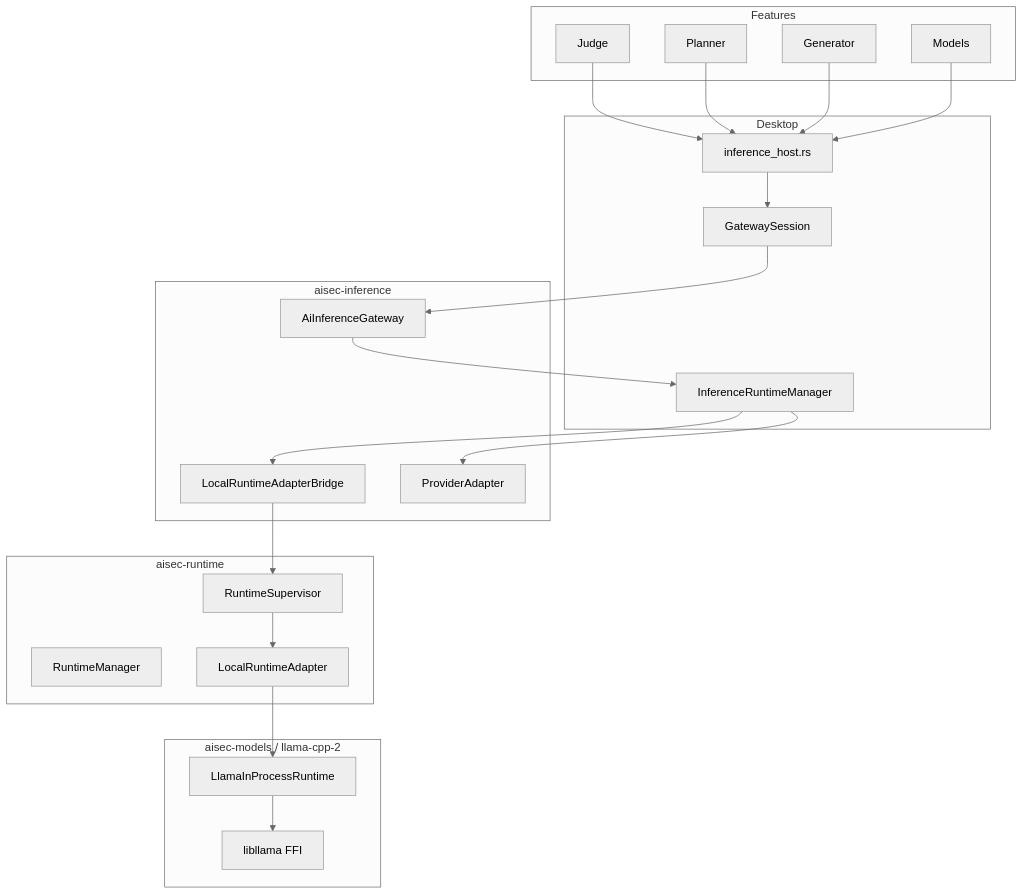
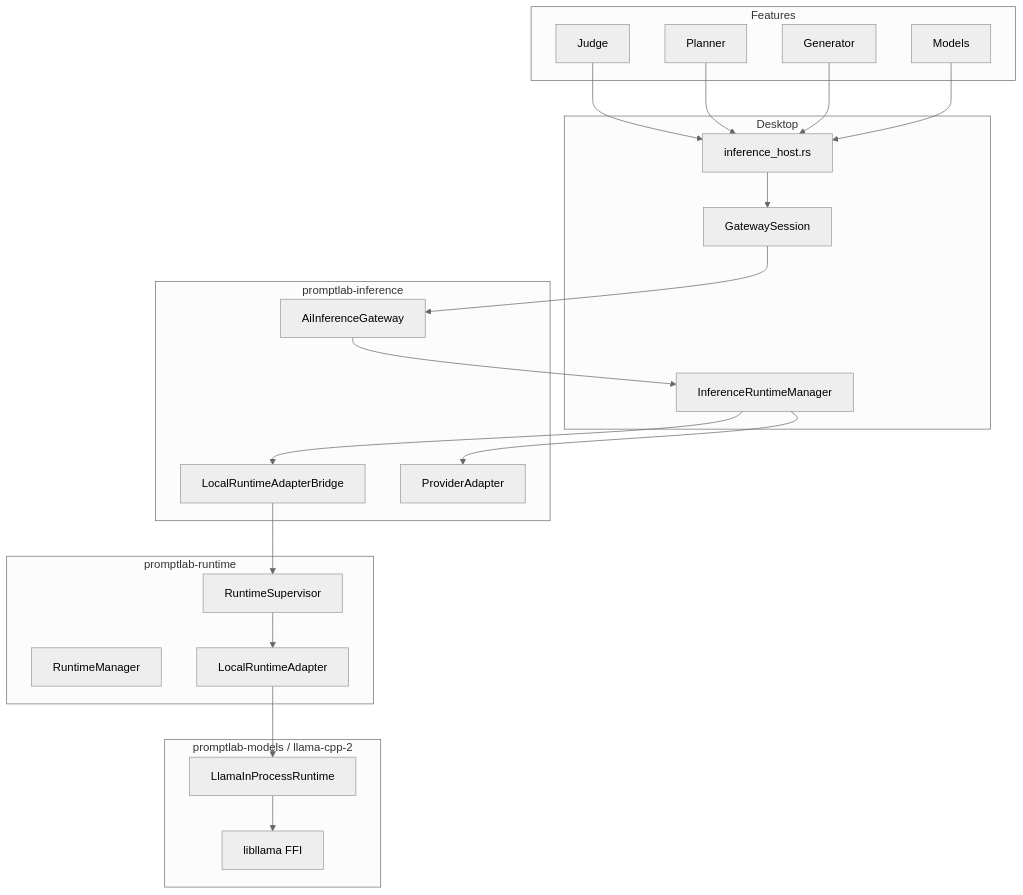
The diagram in docs/AI_INFERENCE_ARCHITECTURE.md (YangYang-Research/yang-promptlab), drawn with Mermaid (neutral theme) before and after one commit. The commit also changed other lines of this file and 352 other files, not shown here.

First line of the commit message:
feat(promptlab): migrate from AISec to PromptLab framework

````diff
--- a/docs/AI_INFERENCE_ARCHITECTURE.md
+++ b/docs/AI_INFERENCE_ARCHITECTURE.md
@@ -7,36 +7,36 @@
 ```mermaid
 flowchart TB
   subgraph Features
     J[Judge]
     P[Planner]
     G[Generator]
     M[Models]
   end
 
   subgraph Desktop
     IH[inference_host.rs]
     IRM[InferenceRuntimeManager]
     GS[GatewaySession]
   end
 
-  subgraph Inference["aisec-inference"]
+  subgraph Inference["promptlab-inference"]
     GW[AiInferenceGateway]
     RA[LocalRuntimeAdapterBridge]
     PA[ProviderAdapter]
   end
 
-  subgraph Runtime["aisec-runtime"]
+  subgraph Runtime["promptlab-runtime"]
     RM[RuntimeManager]
     RS[RuntimeSupervisor]
     LRA[LocalRuntimeAdapter]
   end
 
-  subgraph Native["aisec-models / llama-cpp-2"]
+  subgraph Native["promptlab-models / llama-cpp-2"]
     LIP[LlamaInProcessRuntime]
     LL[libllama FFI]
   end
 
   J & P & G & M --> IH --> GS --> GW --> IRM
   IRM --> RA --> RS --> LRA --> LIP --> LL
   IRM --> PA
 ```
````
